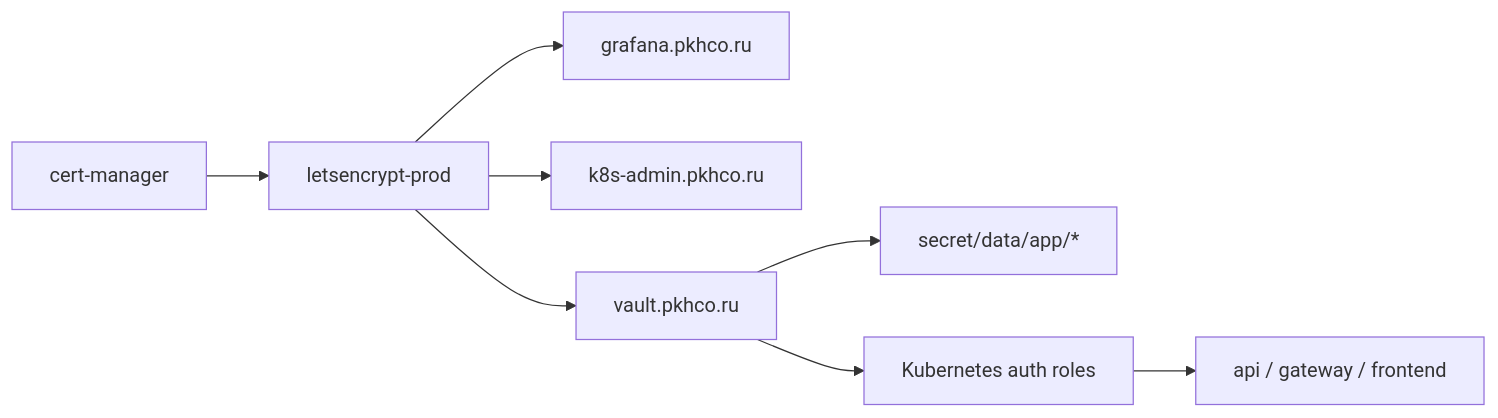
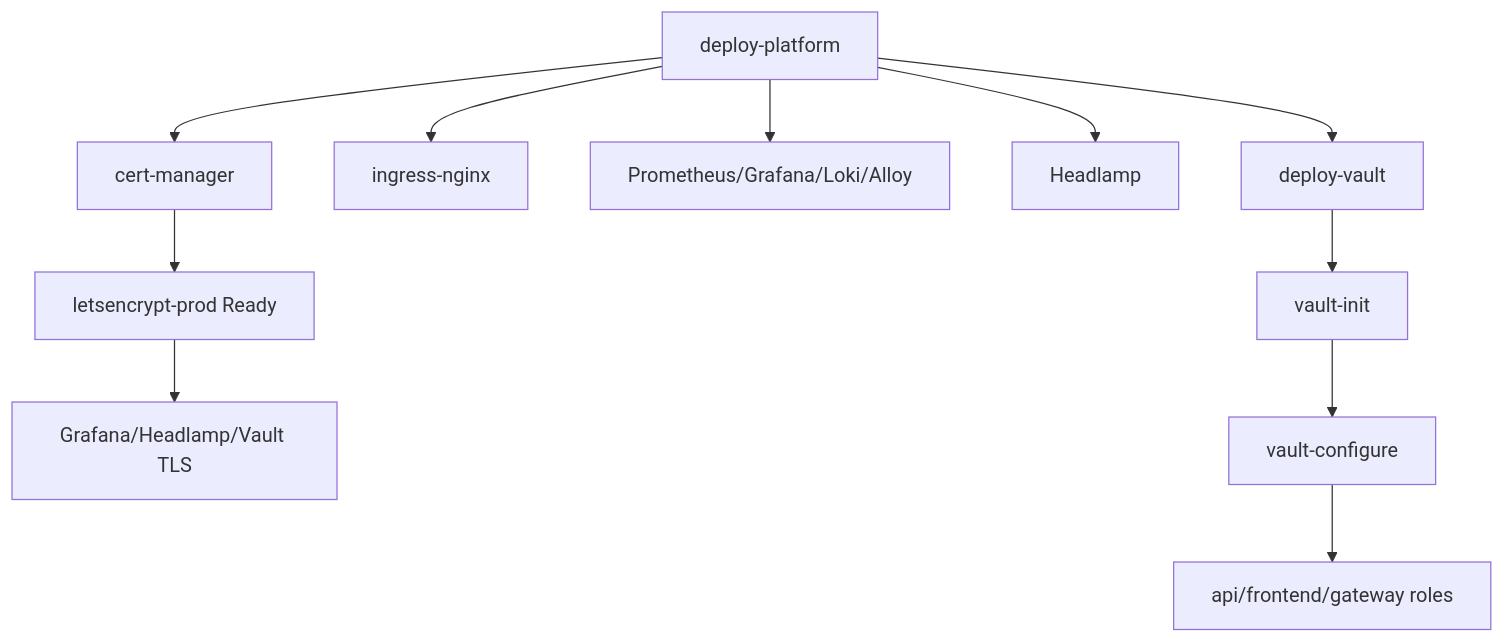
Before and after one commit to BryanskPartizan/mdp-deployment-kit: the diagram in execution-log/05-platform-and-vault.md, drawn with Mermaid. The commit also changed other lines of this file and 20 other files, not shown here.

Commit message:
Fix Mermaid diagrams in project documentation

````diff
--- a/execution-log/05-platform-and-vault.md
+++ b/execution-log/05-platform-and-vault.md
@@ -119,10 +528,13 @@
 ```mermaid
-flowchart LR
-    CM[cert-manager] --> LE[letsencrypt-prod]
-    LE --> GRAFANA[grafana.pkhco.ru]
-    LE --> HEADLAMP[k8s-admin.pkhco.ru]
-    LE --> VAULT[vault.pkhco.ru]
-    VAULT --> KV[secret/data/app/*]
-    VAULT --> KAUTH[Kubernetes auth roles]
-    KAUTH --> APPS[api / gateway / frontend]
+flowchart TB
+    P[deploy-platform] --> CM[cert-manager]
+    P --> ING[ingress-nginx]
+    P --> OBS[Prometheus/Grafana/Loki/Alloy]
+    P --> H[Headlamp]
+    CM --> LE[letsencrypt-prod Ready]
+    LE --> TLS[Grafana/Headlamp/Vault TLS]
+    P --> V[deploy-vault]
+    V --> INIT[vault-init]
+    INIT --> CFG[vault-configure]
+    CFG --> ROLES[api/frontend/gateway roles]
 ```
````
